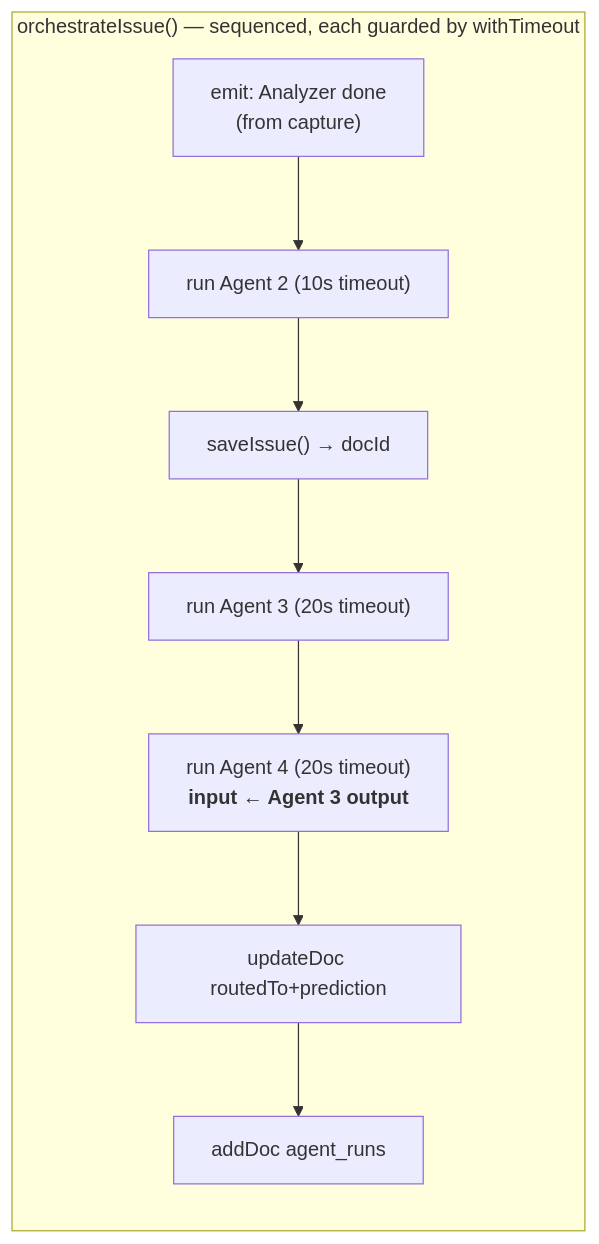
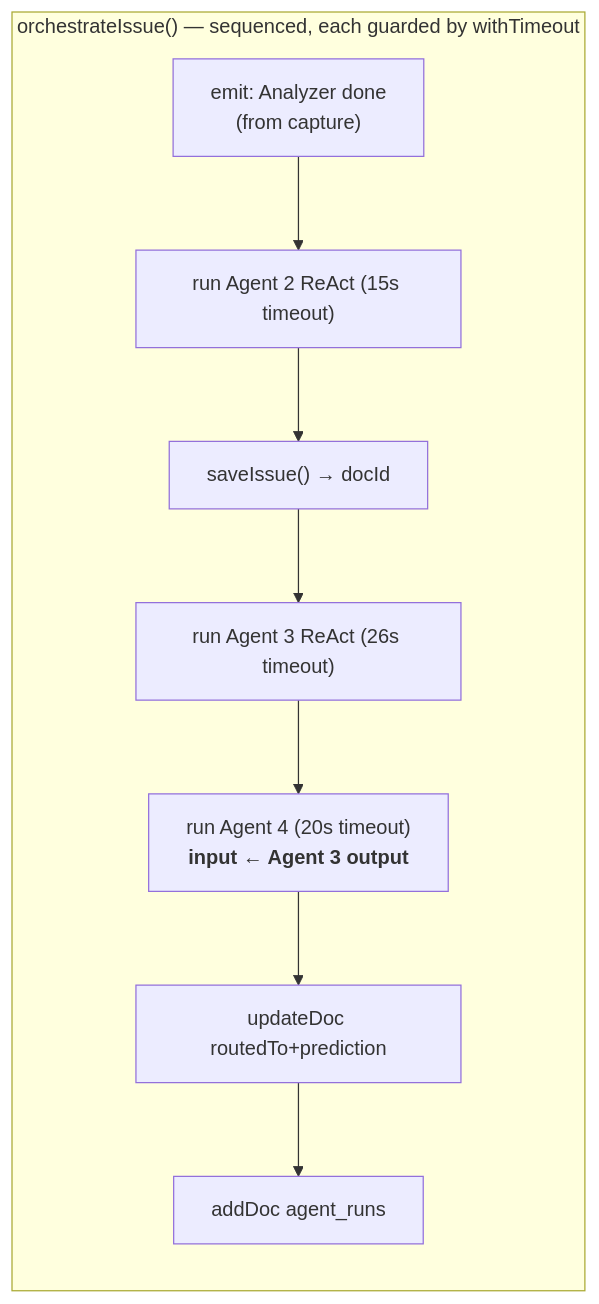
Before and after one commit to siddhesh8k/janashakti: the fifth of 16 diagrams in docs/ARCHITECTURE.md, drawn with Mermaid. The commit also changed other lines of this file and 5 other files, not shown here.

First line of the commit message:
docs: sync README/ARCHITECTURE/FEATURES/SUBMISSION/BATTLE_PLAN/E2E to current code

````diff
--- a/docs/ARCHITECTURE.md
+++ b/docs/ARCHITECTURE.md
@@ -336,14 +340,14 @@
 ```mermaid
 flowchart LR
     subgraph Orchestrator["orchestrateIssue() — sequenced, each guarded by withTimeout"]
         direction TB
         S1["emit: Analyzer done<br/>(from capture)"]
-        S2["run Agent 2 (10s timeout)"]
+        S2["run Agent 2 ReAct (15s timeout)"]
         S3["saveIssue() → docId"]
-        S4["run Agent 3 (20s timeout)"]
+        S4["run Agent 3 ReAct (26s timeout)"]
         S5["run Agent 4 (20s timeout)<br/><b>input ← Agent 3 output</b>"]
         S6["updateDoc routedTo+prediction"]
         S7["addDoc agent_runs"]
         S1-->S2-->S3-->S4-->S5-->S6-->S7
     end
 ```
````
